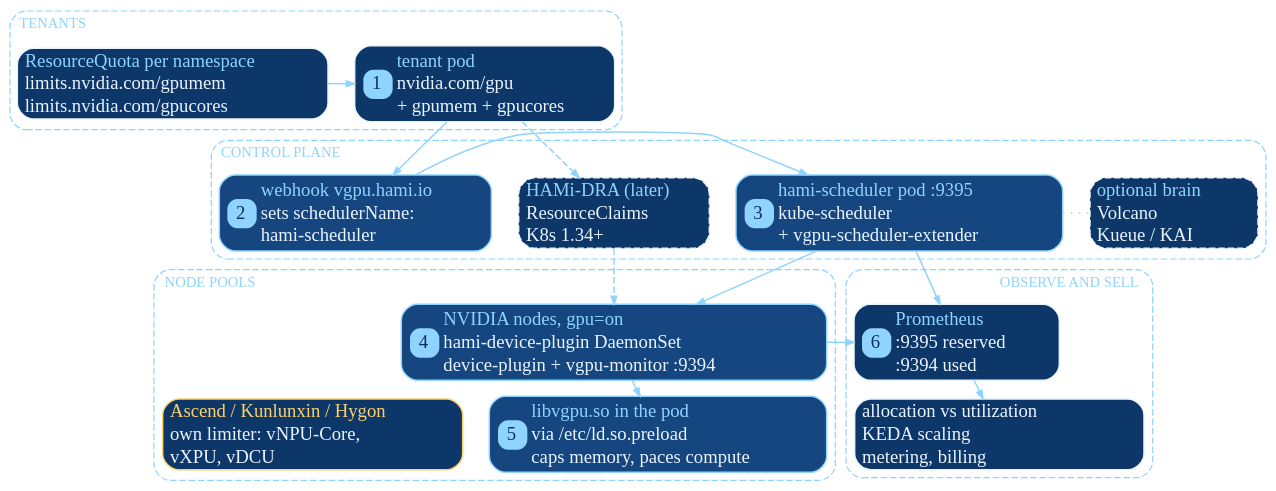
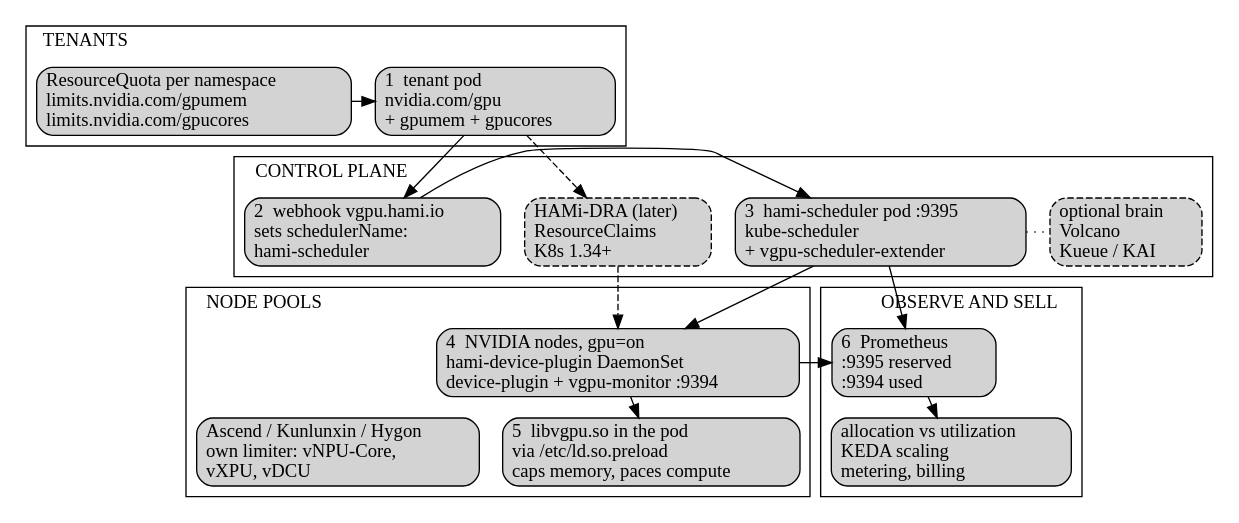
One commit to fishing-agents/talks changed the second of 2 diagrams in containerdays_neocloud_story.md. Above: the diagram before and after it, drawn with Graphviz. The commit also changed other lines of this file and 1 other file, not shown here.

Commit message:
fix(containerdays): drop custom CSS, theme diagrams, plain DRA wording

````diff
--- a/containerdays_neocloud_story.md
+++ b/containerdays_neocloud_story.md
@@ -919,50 +877,52 @@
 ```dot
 digraph G {
   rankdir=TB
-  bgcolor=transparent
   newrank=true
-  nodesep=0.28
-  ranksep=0.16
-  fontname="Noto Sans Mono SemiCondensed"
-  node [shape=box style="rounded,filled" fillcolor="#0d3769" fontname="Noto Sans Mono SemiCondensed" fontsize=14 margin="0.05,0.02" color="#eaf4ff" fontcolor="#eaf4ff" penwidth=1.1]
-  edge [color="#8fd3ff" fontname="Noto Sans Mono SemiCondensed" fontsize=12 fontcolor="#8fd3ff" arrowsize=0.6 penwidth=1.1]
+  nodesep=0.25
+  ranksep=0.22
+  node [shape=box style="rounded,filled" margin="0.1,0.04"]
+
   subgraph cluster_t {
-    label="TENANTS" labeljust=l fontname="Noto Sans Mono SemiCondensed" fontsize=11 fontcolor="#8fd3ff" style="rounded,dashed" color="#8fd3ff" penwidth=0.9 margin=6
-    ns [label=<<TABLE BORDER="0" CELLBORDER="0" CELLSPACING="0" CELLPADDING="1"><TR><TD ALIGN="LEFT"><FONT COLOR="#8fd3ff">ResourceQuota per namespace</FONT></TD></TR><TR><TD ALIGN="LEFT"><FONT>limits.nvidia.com/gpumem</FONT></TD></TR><TR><TD ALIGN="LEFT"><FONT>limits.nvidia.com/gpucores</FONT></TD></TR></TABLE>>]
-    pod [label=<<TABLE BORDER="0" CELLBORDER="0" CELLSPACING="2" CELLPADDING="0"><TR><TD VALIGN="MIDDLE"><TABLE BORDER="0" CELLPADDING="0" CELLSPACING="0"><TR><TD BGCOLOR="#8fd3ff" STYLE="ROUNDED" FIXEDSIZE="TRUE" WIDTH="22" HEIGHT="22"><FONT COLOR="#0b2f5c">1</FONT></TD></TR></TABLE></TD><TD ALIGN="LEFT"><TABLE BORDER="0" CELLBORDER="0" CELLSPACING="0" CELLPADDING="1"><TR><TD ALIGN="LEFT"><FONT COLOR="#8fd3ff">tenant pod</FONT></TD></TR><TR><TD ALIGN="LEFT"><FONT>nvidia.com/gpu</FONT></TD></TR><TR><TD ALIGN="LEFT"><FONT>+ gpumem + gpucores</FONT></TD></TR></TABLE></TD></TR></TABLE>>]
+    label="TENANTS" labeljust=l
+    ns [label="ResourceQuota per namespace\llimits.nvidia.com/gpumem\llimits.nvidia.com/gpucores\l" class="red"]
+    pod [label="1  tenant pod\lnvidia.com/gpu\l+ gpumem + gpucores\l" class="red"]
     {rank=same; ns; pod}
   }
+
   subgraph cluster_cp {
-    label="CONTROL PLANE" labeljust=l fontname="Noto Sans Mono SemiCondensed" fontsize=11 fontcolor="#8fd3ff" style="rounded,dashed" color="#8fd3ff" penwidth=0.9 margin=6
-    dra [style="rounded,dashed,filled" label=<<TABLE BORDER="0" CELLBORDER="0" CELLSPACING="0" CELLPADDING="1"><TR><TD ALIGN="LEFT"><FONT COLOR="#8fd3ff">HAMi-DRA (later)</FONT></TD></TR><TR><TD ALIGN="LEFT"><FONT>ResourceClaims</FONT></TD></TR><TR><TD ALIGN="LEFT"><FONT>K8s 1.34+</FONT></TD></TR></TABLE>>]
-    wh [color="#8fd3ff" fillcolor="#15467f" label=<<TABLE BORDER="0" CELLBORDER="0" CELLSPACING="2" CELLPADDING="0"><TR><TD VALIGN="MIDDLE"><TABLE BORDER="0" CELLPADDING="0" CELLSPACING="0"><TR><TD BGCOLOR="#8fd3ff" STYLE="ROUNDED" FIXEDSIZE="TRUE" WIDTH="22" HEIGHT="22"><FONT COLOR="#0b2f5c">2</FONT></TD></TR></TABLE></TD><TD ALIGN="LEFT"><TABLE BORDER="0" CELLBORDER="0" CELLSPACING="0" CELLPADDING="1"><TR><TD ALIGN="LEFT"><FONT COLOR="#8fd3ff">webhook vgpu.hami.io</FONT></TD></TR><TR><TD ALIGN="LEFT"><FONT>sets schedulerName:</FONT></TD></TR><TR><TD ALIGN="LEFT"><FONT>hami-scheduler</FONT></TD></TR></TABLE></TD></TR></TABLE>>]
-    sch [color="#8fd3ff" fillcolor="#15467f" label=<<TABLE BORDER="0" CELLBORDER="0" CELLSPACING="2" CELLPADDING="0"><TR><TD VALIGN="MIDDLE"><TABLE BORDER="0" CELLPADDING="0" CELLSPACING="0"><TR><TD BGCOLOR="#8fd3ff" STYLE="ROUNDED" FIXEDSIZE="TRUE" WIDTH="22" HEIGHT="22"><FONT COLOR="#0b2f5c">3</FONT></TD></TR></TABLE></TD><TD ALIGN="LEFT"><TABLE BORDER="0" CELLBORDER="0" CELLSPACING="0" CELLPADDING="1"><TR><TD ALIGN="LEFT"><FONT COLOR="#8fd3ff">hami-scheduler pod :9395</FONT></TD></TR><TR><TD ALIGN="LEFT"><FONT>kube-scheduler</FONT></TD></TR><TR><TD ALIGN="LEFT"><FONT>+ vgpu-scheduler-extender</FONT></TD></TR></TABLE></TD></TR></TABLE>>]
-    bs [style="rounded,dashed,filled" label=<<TABLE BORDER="0" CELLBORDER="0" CELLSPACING="0" CELLPADDING="1"><TR><TD ALIGN="LEFT"><FONT COLOR="#8fd3ff">optional brain</FONT></TD></TR><TR><TD ALIGN="LEFT"><FONT>Volcano</FONT></TD></TR><TR><TD ALIGN="LEFT"><FONT>Kueue / KAI</FONT></TD></TR></TABLE>>]
+    label="CONTROL PLANE" labeljust=l
+    dra [label="HAMi-DRA (later)\lResourceClaims\lK8s 1.34+\l" class="cyan" style="rounded,filled,dashed"]
+    wh [label="2  webhook vgpu.hami.io\lsets schedulerName:\lhami-scheduler\l" class="cyan"]
+    sch [label="3  hami-scheduler pod :9395\lkube-scheduler\l+ vgpu-scheduler-extender\l" class="cyan"]
+    bs [label="optional brain\lVolcano\lKueue / KAI\l" style="rounded,filled,dashed"]
     {rank=same; dra; wh; sch; bs}
   }
+
   subgraph cluster_o {
-    label="OBSERVE AND SELL" labeljust=r fontname="Noto Sans Mono SemiCondensed" fontsize=11 fontcolor="#8fd3ff" style="rounded,dashed" color="#8fd3ff" penwidth=0.9 margin=6
-    prom [label=<<TABLE BORDER="0" CELLBORDER="0" CELLSPACING="2" CELLPADDING="0"><TR><TD VALIGN="MIDDLE"><TABLE BORDER="0" CELLPADDING="0" CELLSPACING="0"><TR><TD BGCOLOR="#8fd3ff" STYLE="ROUNDED" FIXEDSIZE="TRUE" WIDTH="22" HEIGHT="22"><FONT COLOR="#0b2f5c">6</FONT></TD></TR></TABLE></TD><TD ALIGN="LEFT"><TABLE BORDER="0" CELLBORDER="0" CELLSPACING="0" CELLPADDING="1"><TR><TD ALIGN="LEFT"><FONT COLOR="#8fd3ff">Prometheus</FONT></TD></TR><TR><TD ALIGN="LEFT"><FONT>:9395 reserved</FONT></TD></TR><TR><TD ALIGN="LEFT"><FONT>:9394 used</FONT></TD></TR></TABLE></TD></TR></TABLE>>]
-    out [label=<<TABLE BORDER="0" CELLBORDER="0" CELLSPACING="0" CELLPADDING="1"><TR><TD ALIGN="LEFT"><FONT>allocation vs utilization</FONT></TD></TR><TR><TD ALIGN="LEFT"><FONT>KEDA scaling</FONT></TD></TR><TR><TD ALIGN="LEFT"><FONT>metering, billing</FONT></TD></TR></TABLE>>]
+    label="OBSERVE AND SELL" labeljust=r
+    prom [label="6  Prometheus\l:9395 reserved\l:9394 used\l"]
+    out [label="allocation vs utilization\lKEDA scaling\lmetering, billing\l"]
   }
+
   subgraph cluster_n {
-    label="NODE POOLS" labeljust=l fontname="Noto Sans Mono SemiCondensed" fontsize=11 fontcolor="#8fd3ff" style="rounded,dashed" color="#8fd3ff" penwidth=0.9 margin=6
-    nv [color="#8fd3ff" fillcolor="#15467f" label=<<TABLE BORDER="0" CELLBORDER="0" CELLSPACING="2" CELLPADDING="0"><TR><TD VALIGN="MIDDLE"><TABLE BORDER="0" CELLPADDING="0" CELLSPACING="0"><TR><TD BGCOLOR="#8fd3ff" STYLE="ROUNDED" FIXEDSIZE="TRUE" WIDTH="22" HEIGHT="22"><FONT COLOR="#0b2f5c">4</FONT></TD></TR></TABLE></TD><TD ALIGN="LEFT"><TABLE BORDER="0" CELLBORDER="0" CELLSPACING="0" CELLPADDING="1"><TR><TD ALIGN="LEFT"><FONT COLOR="#8fd3ff">NVIDIA nodes, gpu=on</FONT></TD></TR><TR><TD ALIGN="LEFT"><FONT>hami-device-plugin DaemonSet</FONT></TD></TR><TR><TD ALIGN="LEFT"><FONT>device-plugin + vgpu-monitor :9394</FONT></TD></TR></TABLE></TD></TR></TABLE>>]
-    oth [color="#ffd166" label=<<TABLE BORDER="0" CELLBORDER="0" CELLSPACING="0" CELLPADDING="1"><TR><TD ALIGN="LEFT"><FONT COLOR="#ffd166">Ascend / Kunlunxin / Hygon</FONT></TD></TR><TR><TD ALIGN="LEFT"><FONT>own limiter: vNPU-Core,</FONT></TD></TR><TR><TD ALIGN="LEFT"><FONT>vXPU, vDCU</FONT></TD></TR></TABLE>>]
-    core [color="#8fd3ff" fillcolor="#15467f" label=<<TABLE BORDER="0" CELLBORDER="0" CELLSPACING="2" CELLPADDING="0"><TR><TD VALIGN="MIDDLE"><TABLE BORDER="0" CELLPADDING="0" CELLSPACING="0"><TR><TD BGCOLOR="#8fd3ff" STYLE="ROUNDED" FIXEDSIZE="TRUE" WIDTH="22" HEIGHT="22"><FONT COLOR="#0b2f5c">5</FONT></TD></TR></TABLE></TD><TD ALIGN="LEFT"><TABLE BORDER="0" CELLBORDER="0" CELLSPACING="0" CELLPADDING="1"><TR><TD ALIGN="LEFT"><FONT COLOR="#8fd3ff">libvgpu.so in the pod</FONT></TD></TR><TR><TD ALIGN="LEFT"><FONT>via /etc/ld.so.preload</FONT></TD></TR><TR><TD ALIGN="LEFT"><FONT>caps memory, paces compute</FONT></TD></TR></TABLE></TD></TR></TABLE>>]
+    label="NODE POOLS" labeljust=l
+    nv [label="4  NVIDIA nodes, gpu=on\lhami-device-plugin DaemonSet\ldevice-plugin + vgpu-monitor :9394\l" class="green"]
+    oth [label="Ascend / Kunlunxin / Hygon\lown limiter: vNPU-Core,\lvXPU, vDCU\l" class="green"]
+    core [label="5  libvgpu.so in the pod\lvia /etc/ld.so.preload\lcaps memory, paces compute\l" class="yellow"]
   }
+
   {rank=same; prom; nv}
   {rank=same; out; core; oth}
   ns -> pod
   pod -> wh
   pod -> dra [style=dashed]
   wh -> sch
   sch -> bs [style=dotted arrowhead=none]
   sch -> nv
   dra -> nv [style=dashed]
   nv -> core
   prom -> nv [dir=back]
   sch -> prom
   prom -> out
 }
 ```
````
